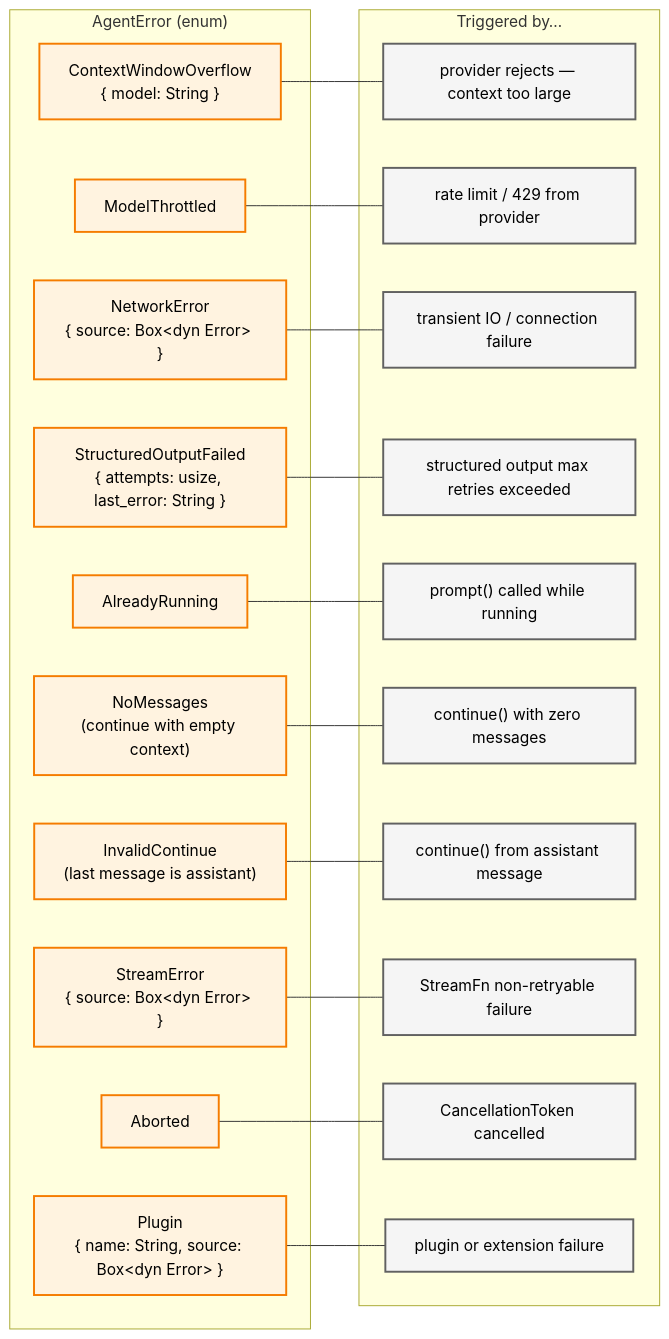
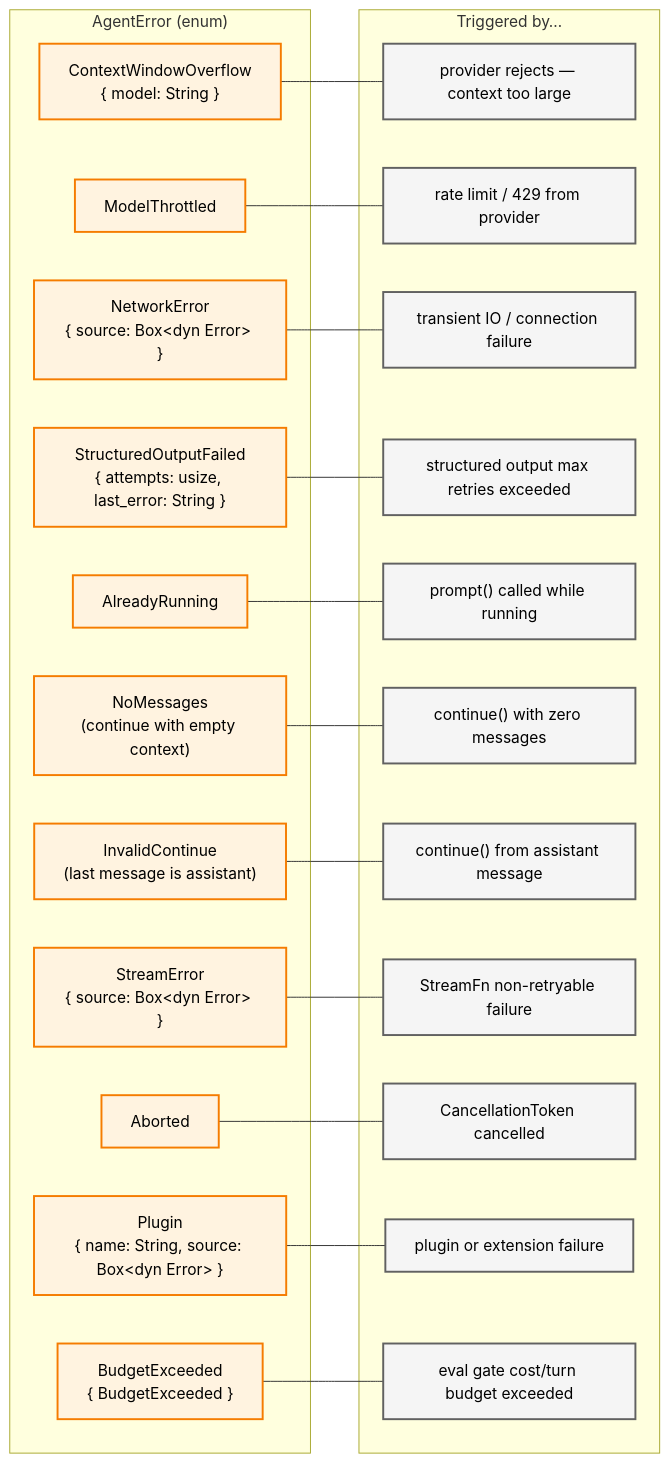
One commit to SuperSwinkAI/Swink-Agent changed the second of 5 diagrams in docs/architecture/error-handling/README.md. Above: the diagram before and after it, drawn with Mermaid. The commit also changed other lines of this file and 70 other files, not shown here.

````diff
--- a/docs/architecture/error-handling/README.md
+++ b/docs/architecture/error-handling/README.md
@@ -65,45 +65,48 @@
 ```mermaid
 flowchart LR
     subgraph AgentError["AgentError (enum)"]
         CWO["ContextWindowOverflow<br/>{ model: String }"]
         ModelThrottled["ModelThrottled"]
         NetErr["NetworkError<br/>{ source: Box&lt;dyn Error&gt; }"]
         StructFail["StructuredOutputFailed<br/>{ attempts: usize, last_error: String }"]
         AlreadyRunning["AlreadyRunning"]
         NoMessages["NoMessages<br/>(continue with empty context)"]
         InvalidContinue["InvalidContinue<br/>(last message is assistant)"]
         StreamError["StreamError<br/>{ source: Box&lt;dyn Error&gt; }"]
         Aborted["Aborted"]
         Plugin["Plugin<br/>{ name: String, source: Box&lt;dyn Error&gt; }"]
+        BudgetExceeded["BudgetExceeded<br/>{ BudgetExceeded }"]
     end
 
     subgraph Trigger["Triggered by…"]
         T1["provider rejects — context too large"]
         T2["rate limit / 429 from provider"]
         T3["transient IO / connection failure"]
         T4["structured output max retries exceeded"]
         T5["prompt() called while running"]
         T6["continue() with zero messages"]
         T7["continue() from assistant message"]
         T8["StreamFn non-retryable failure"]
         T9["CancellationToken cancelled"]
         T10["plugin or extension failure"]
+        T11["eval gate cost/turn budget exceeded"]
     end
 
     CWO --- T1
     ModelThrottled --- T2
     NetErr --- T3
     StructFail --- T4
     AlreadyRunning --- T5
     NoMessages --- T6
     InvalidContinue --- T7
     StreamError --- T8
     Aborted --- T9
     Plugin --- T10
+    BudgetExceeded --- T11
 
     classDef errStyle fill:#fff3e0,stroke:#f57c00,stroke-width:2px,color:#000
     classDef trigStyle fill:#f5f5f5,stroke:#616161,stroke-width:2px,color:#000
 
-    class CWO,ModelThrottled,NetErr,StructFail,AlreadyRunning,NoMessages,InvalidContinue,StreamError,Aborted,Plugin errStyle
-    class T1,T2,T3,T4,T5,T6,T7,T8,T9,T10 trigStyle
+    class CWO,ModelThrottled,NetErr,StructFail,AlreadyRunning,NoMessages,InvalidContinue,StreamError,Aborted,Plugin,BudgetExceeded errStyle
+    class T1,T2,T3,T4,T5,T6,T7,T8,T9,T10,T11 trigStyle
 ```
````
